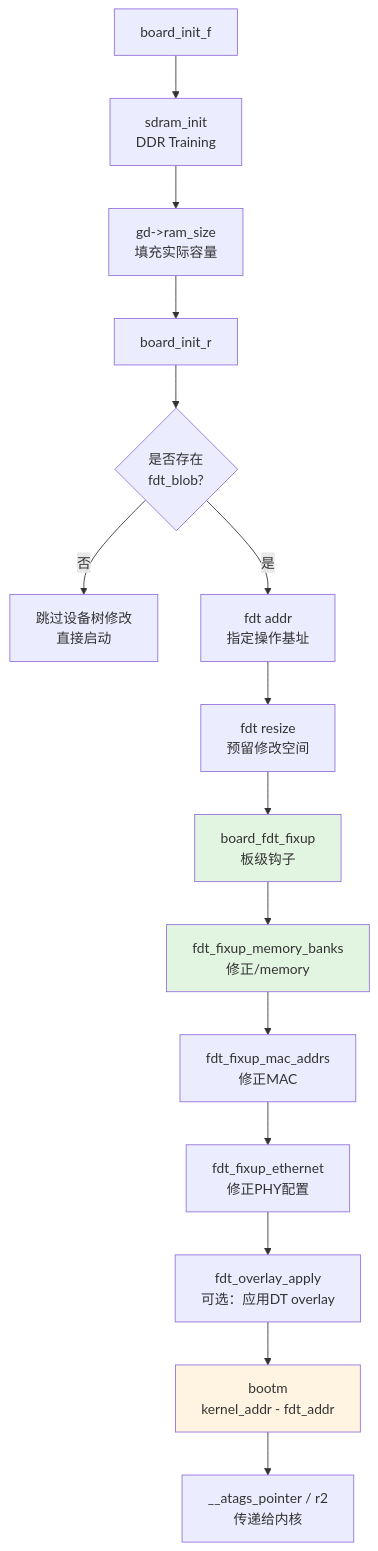
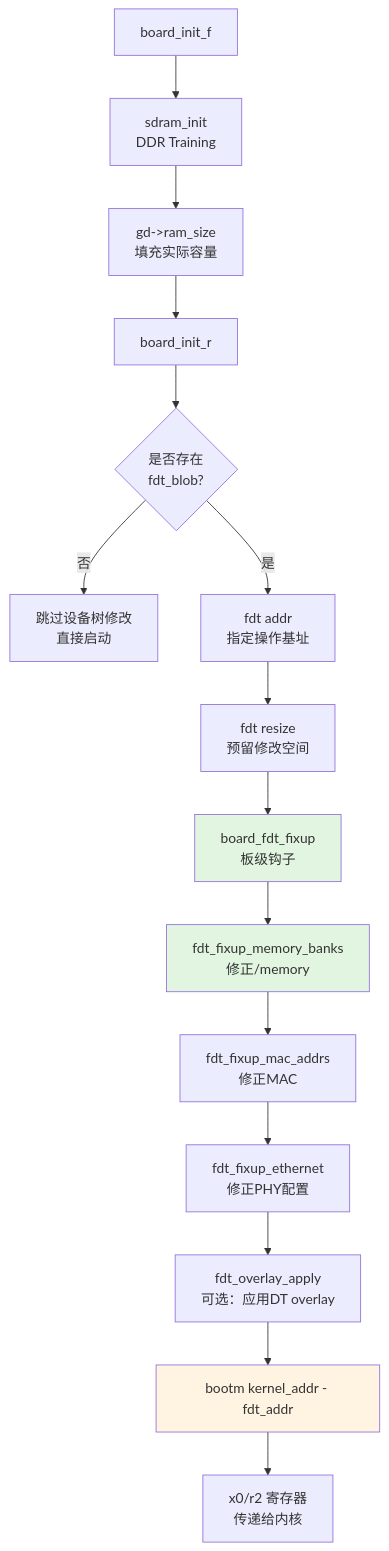
The diagram in docs/02-核心机制深度解析/第7章 启动链深度解析/7.4.1_U-Boot如何修改设备树.md (xiaohong0925/Embedded_Knowledge_System_V2026), drawn with Mermaid before and after one commit. The commit also changed other lines of this file and 20 other files, not shown here.

````diff
--- a/docs/02-核心机制深度解析/第7章 启动链深度解析/7.4.1_U-Boot如何修改设备树.md
+++ b/docs/02-核心机制深度解析/第7章 启动链深度解析/7.4.1_U-Boot如何修改设备树.md
@@ -240,21 +204,20 @@
 ```mermaid
 flowchart TD
     A[board_init_f] --> B[sdram_init<br/>DDR Training]
     B --> C[gd->ram_size<br/>填充实际容量]
     C --> D[board_init_r]
     D --> E{是否存在<br/>fdt_blob?}
     E -->|否| F[跳过设备树修改<br/>直接启动]
     E -->|是| G[fdt addr<br/>指定操作基址]
     G --> H[fdt resize<br/>预留修改空间]
     H --> I[board_fdt_fixup<br/>板级钩子]
     I --> I1[fdt_fixup_memory_banks<br/>修正/memory]
     I1 --> I2[fdt_fixup_mac_addrs<br/>修正MAC]
     I2 --> I3[fdt_fixup_ethernet<br/>修正PHY配置]
     I3 --> J[fdt_overlay_apply<br/>可选：应用DT overlay]
-    J --> K[bootm
-kernel_addr - fdt_addr]
-    K --> L[__atags_pointer / r2<br/>传递给内核]
+    J --> K["bootm kernel_addr - fdt_addr"]
+    K --> L[x0/r2 寄存器<br/>传递给内核]
     style I fill:#e1f5e1
     style I1 fill:#e1f5e1
     style K fill:#fff4e1
 ```
````
